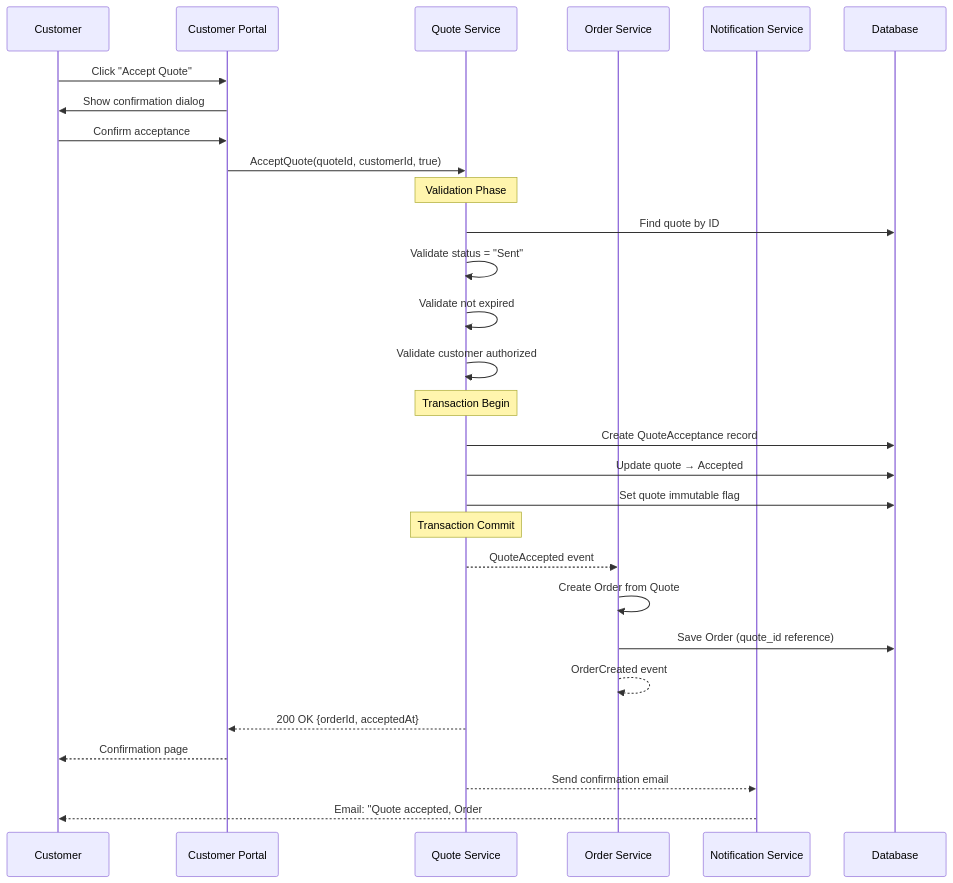
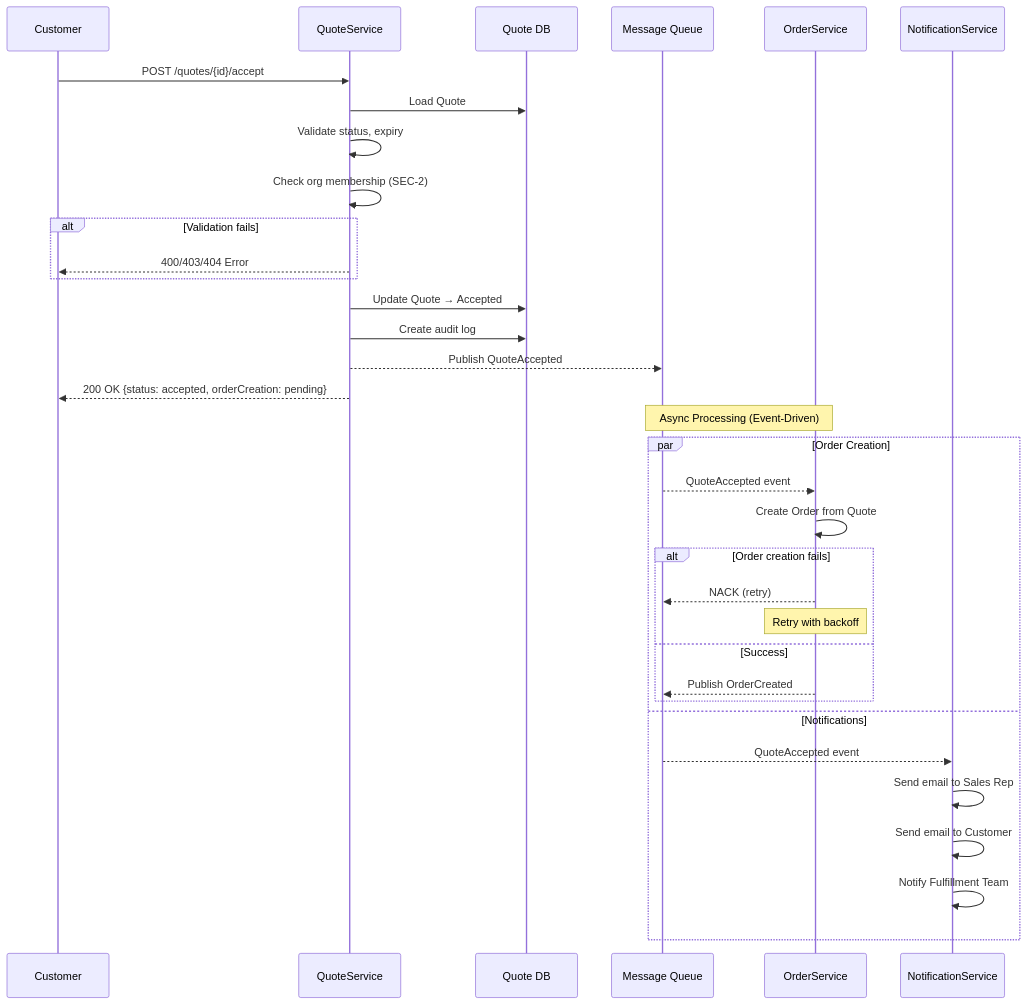
The first of 4 diagrams in poc/output/sequence-design.md (ikadar/loom-project), drawn with Mermaid before and after one commit. The commit also changed other lines of this file and 1 other file, not shown here.

````diff
--- a/poc/output/sequence-design.md
+++ b/poc/output/sequence-design.md
@@ -104,38 +79,41 @@
 ```mermaid
 sequenceDiagram
     participant C as Customer
-    participant Portal as Customer Portal
-    participant QS as Quote Service
-    participant OS as Order Service
-    participant NS as Notification Service
-    participant DB as Database
+    participant QS as QuoteService
+    participant DB as Quote DB
+    participant MQ as Message Queue
+    participant OS as OrderService
+    participant NS as NotificationService
 
-    C->>Portal: Click "Accept Quote"
-    Portal->>C: Show confirmation dialog
-    C->>Portal: Confirm acceptance
-    Portal->>QS: AcceptQuote(quoteId, customerId, true)
+    C->>QS: POST /quotes/{id}/accept
+    QS->>DB: Load Quote
+    QS->>QS: Validate status, expiry
+    QS->>QS: Check org membership (SEC-2)
 
-    Note over QS: Validation Phase
-    QS->>DB: Find quote by ID
-    QS->>QS: Validate status = "Sent"
-    QS->>QS: Validate not expired
-    QS->>QS: Validate customer authorized
+    alt Validation fails
+        QS-->>C: 400/403/404 Error
+    end
 
-    Note over QS: Transaction Begin
-    QS->>DB: Create QuoteAcceptance record
-    QS->>DB: Update quote → Accepted
-    QS->>DB: Set quote immutable flag
-    Note over QS: Transaction Commit
+    QS->>DB: Update Quote → Accepted
+    QS->>DB: Create audit log
+    QS-->>MQ: Publish QuoteAccepted
+    QS-->>C: 200 OK {status: accepted, orderCreation: pending}
 
-    QS-->>OS: QuoteAccepted event
+    Note over MQ,OS: Async Processing (Event-Driven)
 
-    OS->>OS: Create Order from Quote
-    OS->>DB: Save Order (quote_id reference)
-    OS-->>OS: OrderCreated event
-
-    QS-->>Portal: 200 OK {orderId, acceptedAt}
-    Portal-->>C: Confirmation page
-
-    QS-->>NS: Send confirmation email
-    NS-->>C: Email: "Quote accepted, Order #..."
+    par Order Creation
+        MQ-->>OS: QuoteAccepted event
+        OS->>OS: Create Order from Quote
+        alt Order creation fails
+            OS-->>MQ: NACK (retry)
+            Note over OS: Retry with backoff
+        else Success
+            OS-->>MQ: Publish OrderCreated
+        end
+    and Notifications
+        MQ-->>NS: QuoteAccepted event
+        NS->>NS: Send email to Sales Rep
+        NS->>NS: Send email to Customer
+        NS->>NS: Notify Fulfillment Team
+    end
 ```
````
